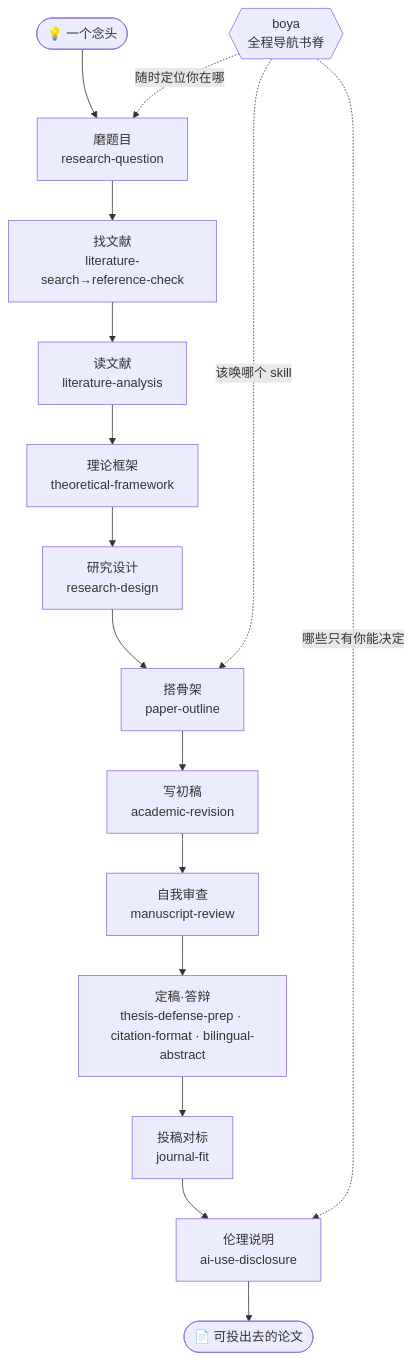
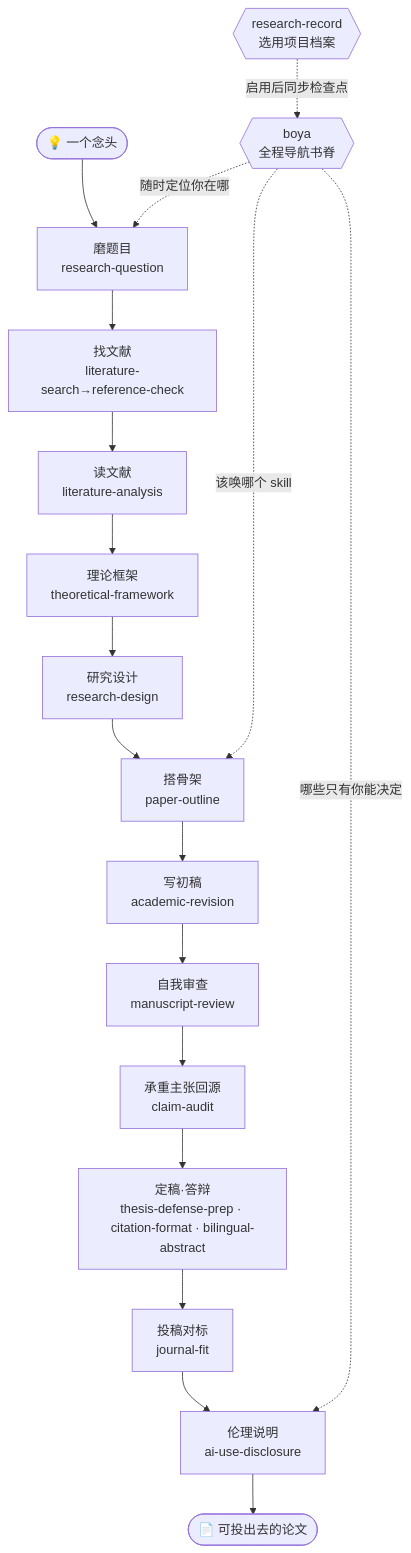
Before and after one commit to DylanChiang-Dev/BOYA-skills: the diagram in README.zh-CN.md, drawn with Mermaid. The commit also changed other lines of this file and 2 other files, not shown here.

Commit message:
补齐多语言 Skills 清单

````diff
--- a/README.zh-CN.md
+++ b/README.zh-CN.md
@@ -59,18 +59,20 @@
 ```mermaid
 flowchart TD
     Start([💡 一个念头]) --> S1[磨题目<br/>research-question]
     S1 --> S2[找文献<br/>literature-search→reference-check]
     S2 --> S3[读文献<br/>literature-analysis]
     S3 --> SF[理论框架<br/>theoretical-framework]
     SF --> S4[研究设计<br/>research-design]
     S4 --> S5[搭骨架<br/>paper-outline]
     S5 --> S6[写初稿<br/>academic-revision]
     S6 --> S7[自我审查<br/>manuscript-review]
-    S7 --> S8[定稿·答辩<br/>thesis-defense-prep · citation-format · bilingual-abstract]
+    S7 --> SC[承重主张回源<br/>claim-audit]
+    SC --> S8[定稿·答辩<br/>thesis-defense-prep · citation-format · bilingual-abstract]
     S8 --> S9[投稿对标<br/>journal-fit]
     S9 --> S10[伦理说明<br/>ai-use-disclosure]
     S10 --> End([📄 可投出去的论文])
     RM{{boya<br/>全程导航书脊}} -.随时定位你在哪.-> S1
     RM -.该唤哪个 skill.-> S5
     RM -.哪些只有你能决定.-> S10
+    RR{{research-record<br/>选用项目档案}} -.启用后同步检查点.-> RM
 ```
````
